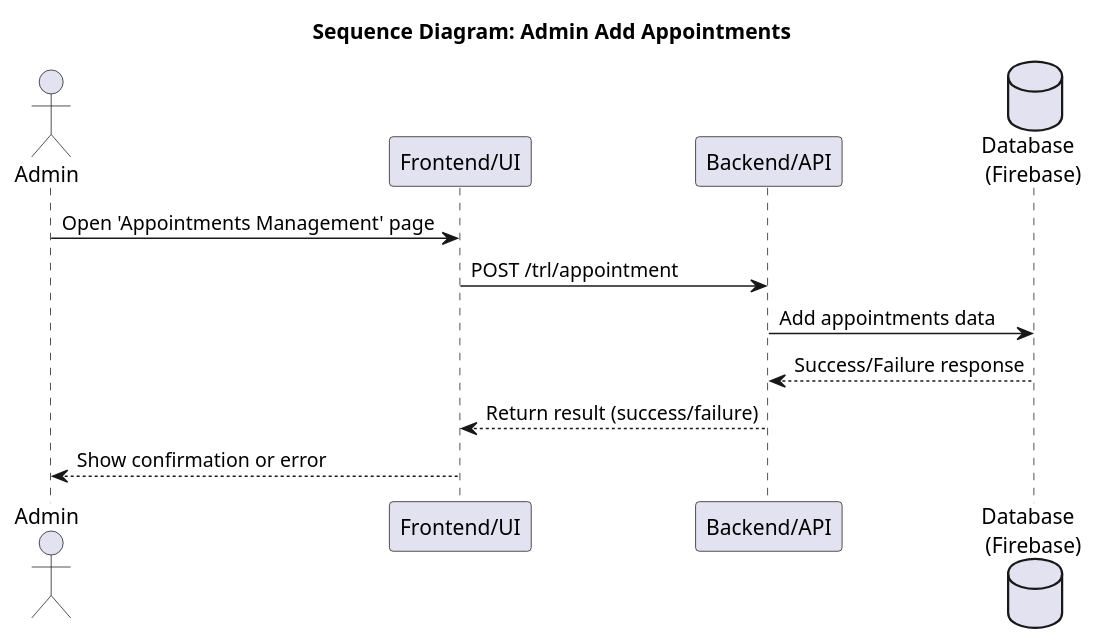
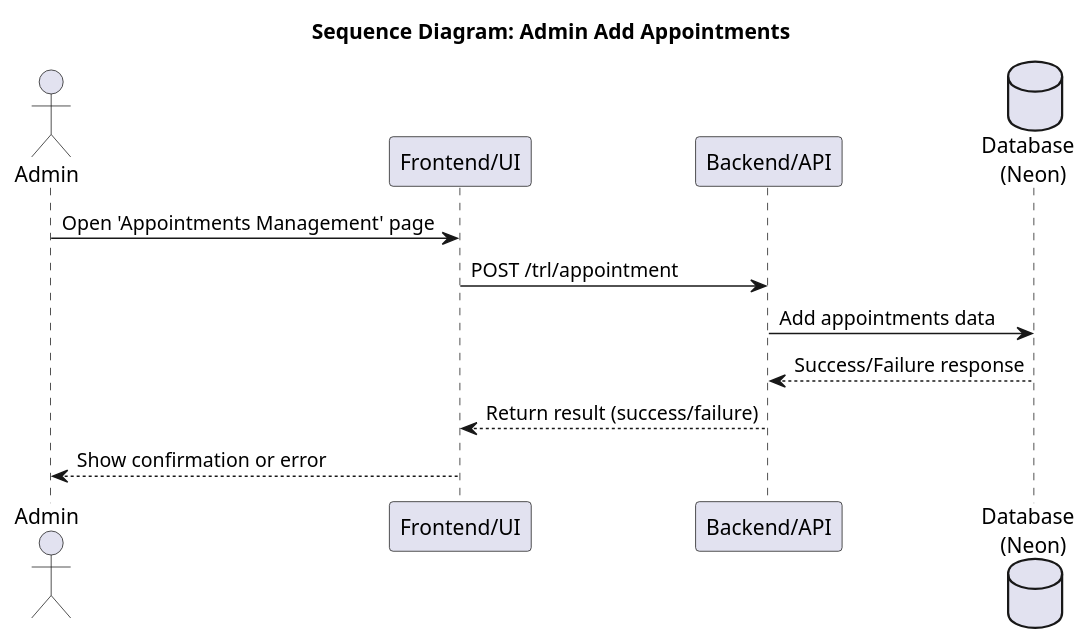
One commit to punyanuch-h/trl-research-frontend changed the diagram in sequence diagram/admin/admin_add_appointments.puml. Above: the diagram before and after it, drawn with PlantUML. The commit also changed 10 other files, not shown here.

Commit message:
fix(diagran): sequence

```diff
--- a/sequence diagram/admin/admin_add_appointments.puml
+++ b/sequence diagram/admin/admin_add_appointments.puml
@@ -1,16 +1,16 @@
 @startuml
 title Sequence Diagram: Admin Add Appointments
 
 actor Admin
 participant "Frontend/UI" as UI
 participant "Backend/API" as API
-database "Database \n (Firebase)" as DB
+database "Database \n (Neon)" as DB
 
 Admin -> UI: Open 'Appointments Management' page
 UI -> API: POST /trl/appointment
 API -> DB: Add appointments data
 DB --> API: Success/Failure response
 API --> UI: Return result (success/failure)
 UI --> Admin: Show confirmation or error
 
 @enduml
```
